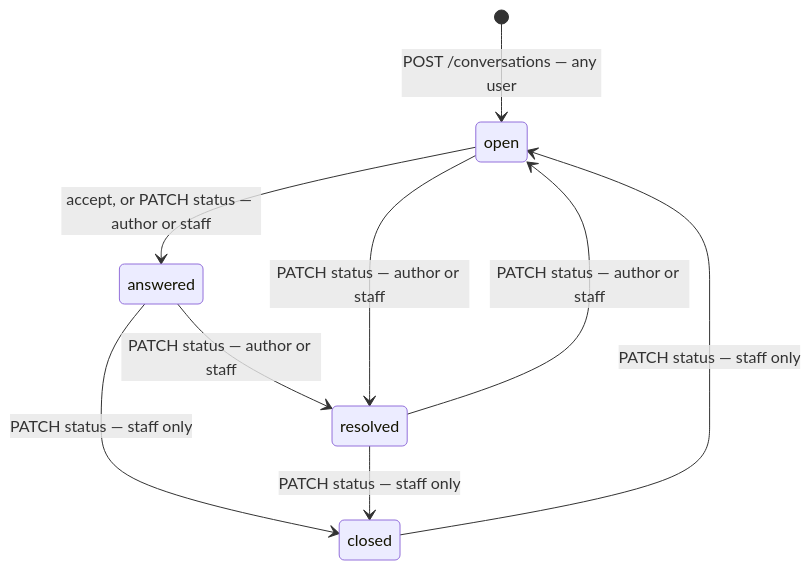
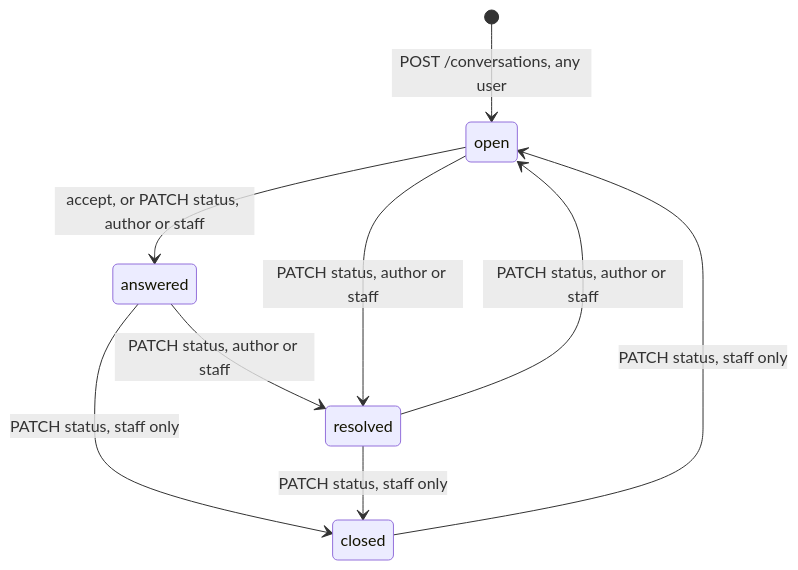
One commit to DhirajPV/pennylane-support changed the first of 2 diagrams in README.md. Above: the diagram before and after it, drawn with Mermaid. The commit also changed other lines of this file, not shown here.

````diff
--- a/README.md
+++ b/README.md
@@ -158,11 +165,11 @@
 ```mermaid
 stateDiagram-v2
-    [*] --> open: POST /conversations — any user
-    open --> answered: accept, or PATCH status — author or staff
-    answered --> resolved: PATCH status — author or staff
-    open --> resolved: PATCH status — author or staff
-    answered --> closed: PATCH status — staff only
-    resolved --> closed: PATCH status — staff only
-    resolved --> open: PATCH status — author or staff
-    closed --> open: PATCH status — staff only
+    [*] --> open: POST /conversations, any user
+    open --> answered: accept, or PATCH status, author or staff
+    answered --> resolved: PATCH status, author or staff
+    open --> resolved: PATCH status, author or staff
+    answered --> closed: PATCH status, staff only
+    resolved --> closed: PATCH status, staff only
+    resolved --> open: PATCH status, author or staff
+    closed --> open: PATCH status, staff only
 ```
````
